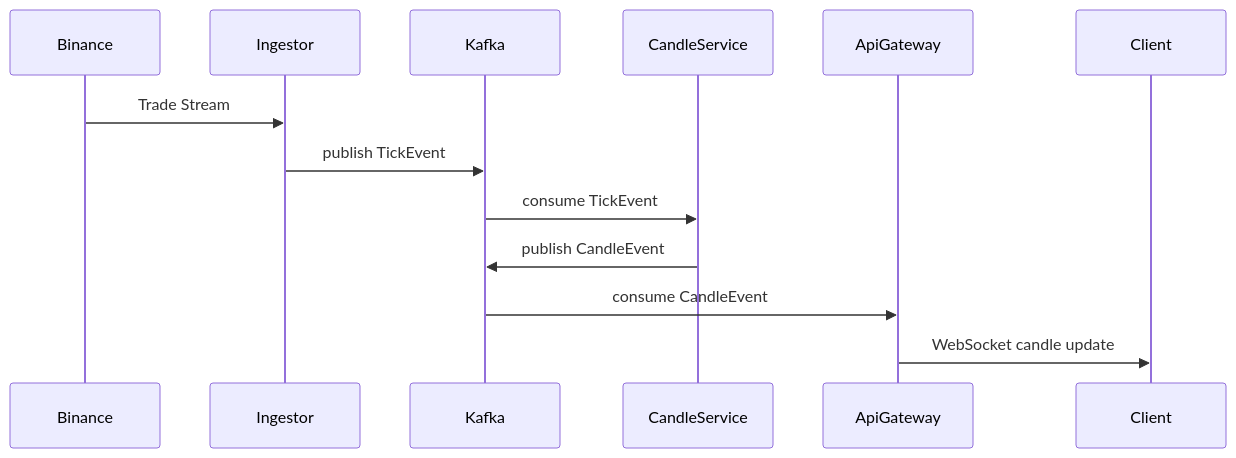
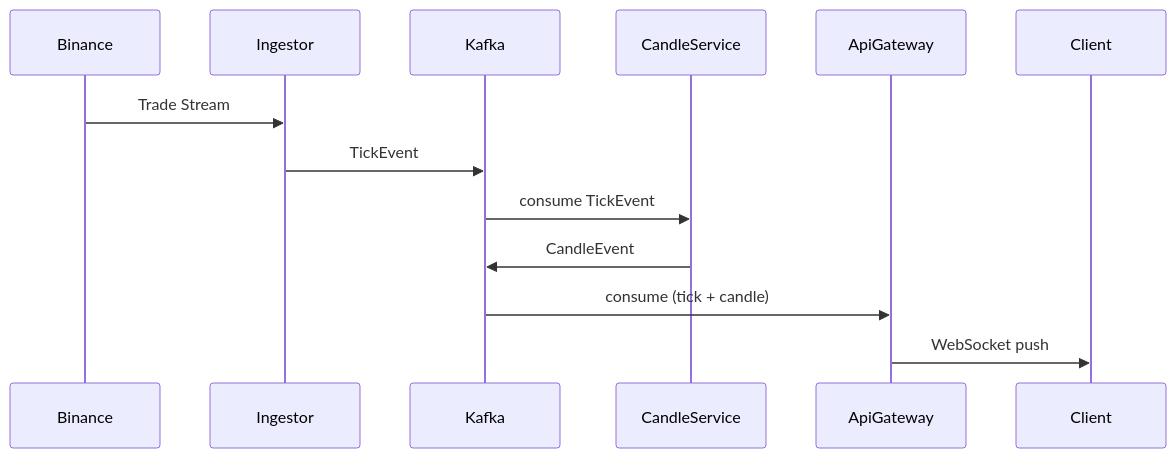
The second of 2 diagrams in README.md (jhpark0418/mini-crypto-wts), drawn with Mermaid before and after one commit. The commit also changed other lines of this file, not shown here.

````diff
--- a/README.md
+++ b/README.md
@@ -61,19 +63,19 @@
 ```mermaid
 sequenceDiagram
 
 participant Binance
 participant Ingestor
 participant Kafka
 participant CandleService
 participant ApiGateway
 participant Client
 
 Binance->>Ingestor: Trade Stream
-Ingestor->>Kafka: publish TickEvent
+Ingestor->>Kafka: TickEvent
 
 Kafka->>CandleService: consume TickEvent
-CandleService->>Kafka: publish CandleEvent
+CandleService->>Kafka: CandleEvent
 
-Kafka->>ApiGateway: consume CandleEvent
-ApiGateway->>Client: WebSocket candle update
+Kafka->>ApiGateway: consume (tick + candle)
+ApiGateway->>Client: WebSocket push
 ```
````
